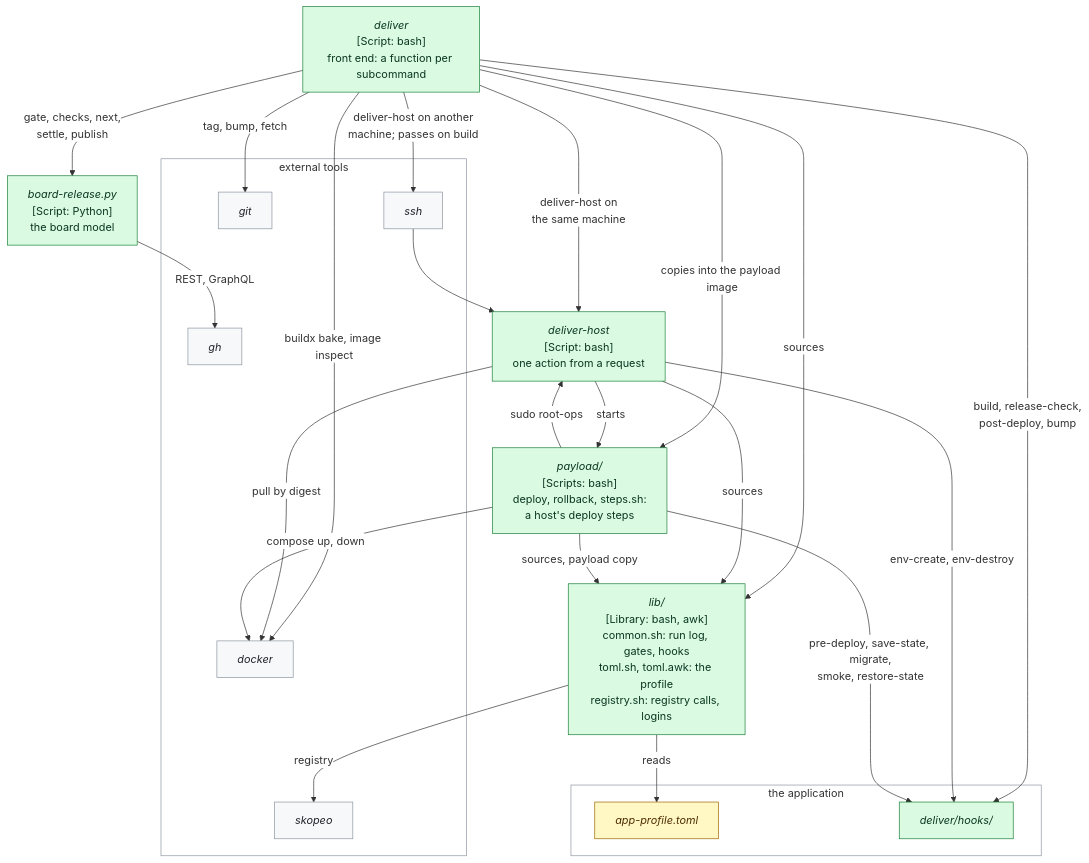
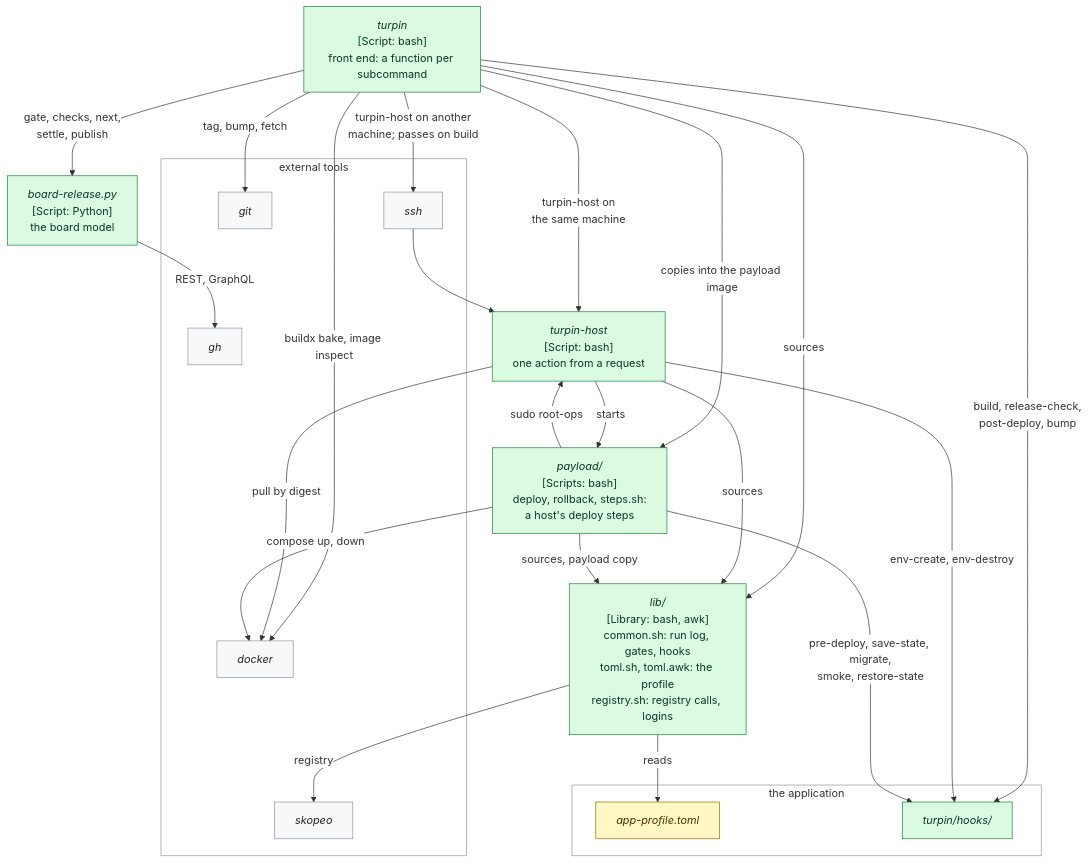
The first of 7 diagrams in records/2.5-changes/programme-tooling/117-generic-deliver-tool/design.md (delphside/programme), drawn with Mermaid before and after one commit. The commit also changed other lines of this file and 38 other files, not shown here.

First line of the commit message:
Change 117: rename the deliver tool to Turpin

````diff
--- a/records/2.5-changes/programme-tooling/117-generic-deliver-tool/design.md
+++ b/records/2.5-changes/programme-tooling/117-generic-deliver-tool/design.md
@@ -110,46 +110,46 @@
 ```mermaid
 %%{init: {"themeVariables": {"clusterBkg": "#ffffff", "clusterBorder": "#8c959f", "edgeLabelBackground": "#ffffff"}}}%%
 flowchart TB
-  DLV["<i>deliver</i><br>[Script: bash]<br>front end: a function per subcommand"]
-  DH["<i>deliver-host</i><br>[Script: bash]<br>one action from a request"]
+  DLV["<i>turpin</i><br>[Script: bash]<br>front end: a function per subcommand"]
+  DH["<i>turpin-host</i><br>[Script: bash]<br>one action from a request"]
   LIB["<i>lib/</i><br>[Library: bash, awk]<br>common.sh: run log, gates, hooks<br>toml.sh, toml.awk: the profile<br>registry.sh: registry calls, logins"]
   PAY["<i>payload/</i><br>[Scripts: bash]<br>deploy, rollback, steps.sh:<br>a host's deploy steps"]
   BR["<i>board-release.py</i><br>[Script: Python]<br>the board model"]
   subgraph APP["the application"]
     PROF["<i>app-profile.toml</i>"]
-    HOOKS["<i>deliver/hooks/</i>"]
+    HOOKS["<i>turpin/hooks/</i>"]
   end
   subgraph EXT["external tools"]
     SKO["<i>skopeo</i>"]
     DOCK["<i>docker</i>"]
     GITX["<i>git</i>"]
     GHX["<i>gh</i>"]
     SSHX["<i>ssh</i>"]
   end
   DLV -->|sources| LIB
   DH -->|sources| LIB
   LIB -->|reads| PROF
   LIB -->|registry| SKO
   DLV -->|gate, checks, next,<br>settle, publish| BR
   BR -->|REST, GraphQL| GHX
   DLV -->|tag, bump, fetch| GITX
-  DLV -->|deliver-host on another<br>machine; passes on build| SSHX
+  DLV -->|turpin-host on another<br>machine; passes on build| SSHX
   SSHX --> DH
-  DLV -->|deliver-host on<br>the same machine| DH
+  DLV -->|turpin-host on<br>the same machine| DH
   DLV -->|build, release-check,<br>post-deploy, bump| HOOKS
   DLV -->|copies into the payload image| PAY
   DLV -->|buildx bake, image inspect| DOCK
   PAY -->|sources, payload copy| LIB
   DH -->|env-create, env-destroy| HOOKS
   DH -->|starts| PAY
   DH -->|pull by digest| DOCK
   PAY -->|pre-deploy, save-state, migrate,<br>smoke, restore-state| HOOKS
   PAY -->|compose up, down| DOCK
   PAY -->|sudo root-ops| DH
   classDef unchanged    fill:#f6f8fa,stroke:#8c959f,color:#1f2328
   classDef new          fill:#dafbe1,stroke:#1a7f37,color:#0a3622
   classDef changed      fill:#fff8c5,stroke:#9a6700,color:#4d2d00
   class DLV,DH,LIB,PAY,BR,HOOKS new
   class PROF changed
   class SKO,DOCK,GITX,GHX,SSHX unchanged
 ```
````
